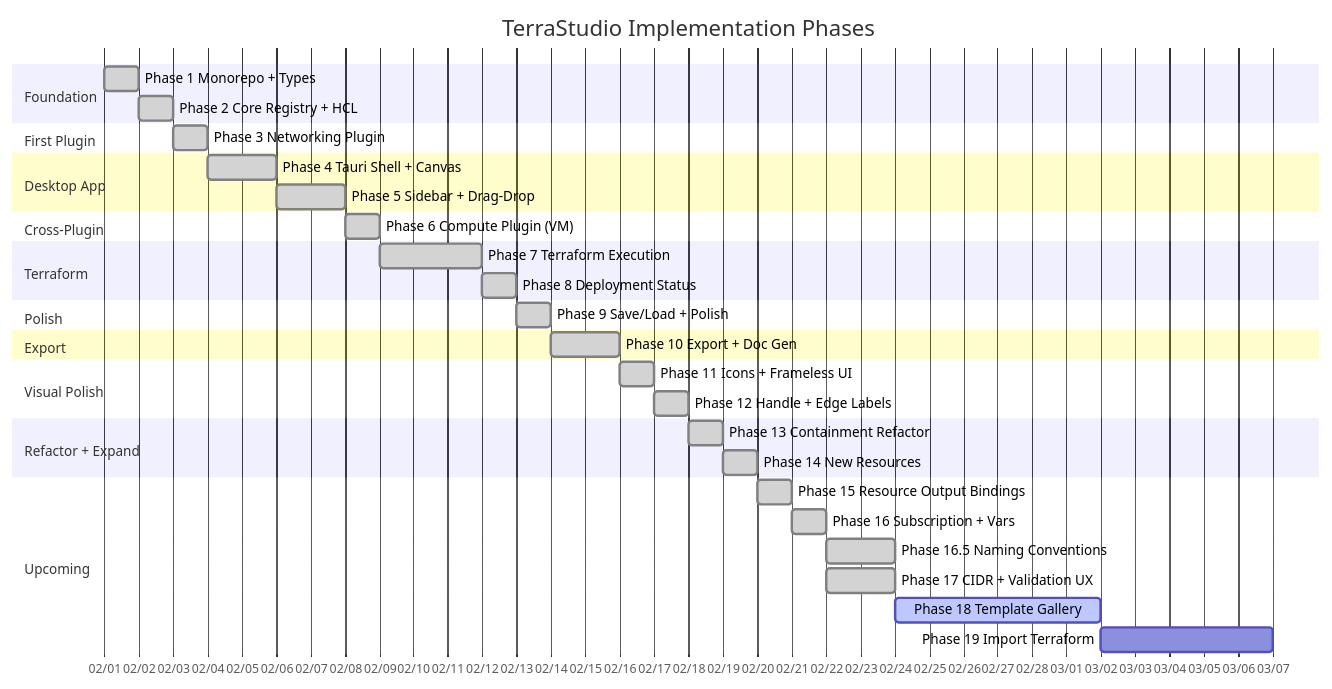
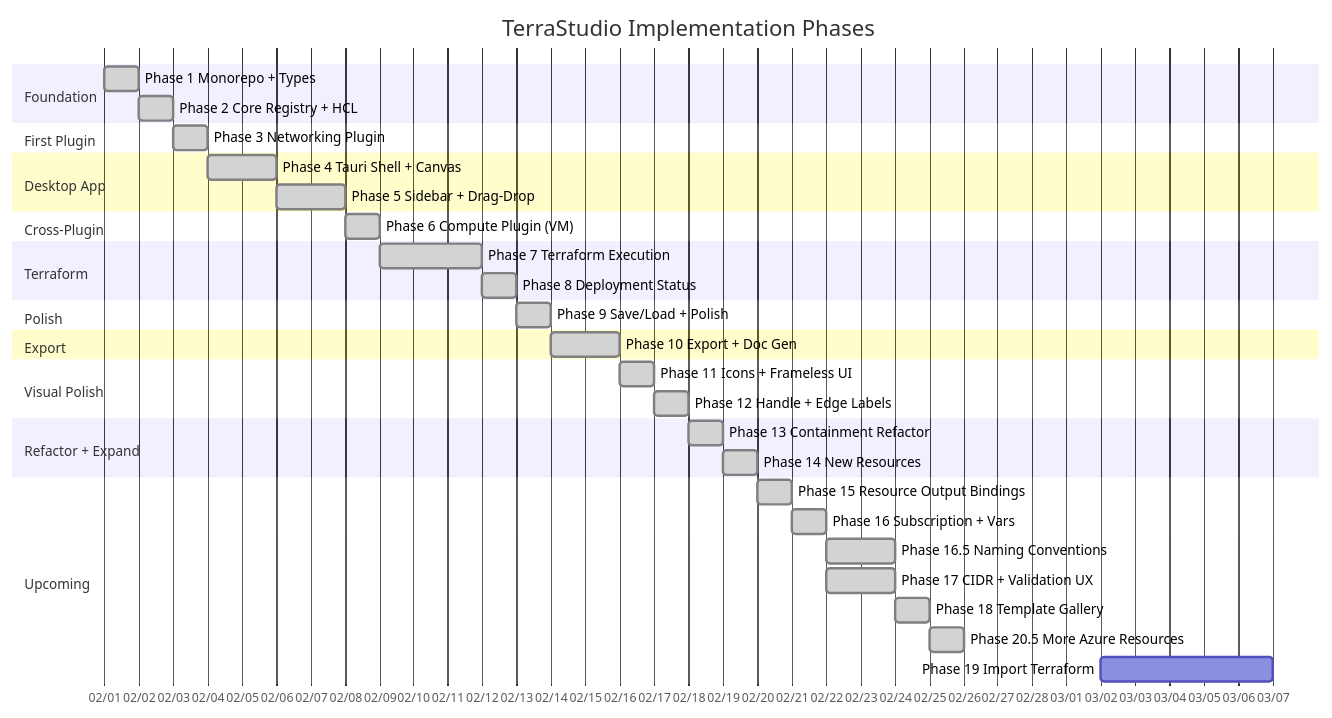
The diagram in docs/implementation-roadmap.md (afroze9/terrastudio), drawn with Mermaid before and after one commit. The commit also changed other lines of this file and 27 other files, not shown here.

First line of the commit message:
feat: add 8 Azure data & messaging resources (Redis, PostgreSQL, Cosmos DB, Service Bus)

````diff
--- a/docs/implementation-roadmap.md
+++ b/docs/implementation-roadmap.md
@@ -11,47 +11,48 @@
 ```mermaid
 gantt
     title TerraStudio Implementation Phases
     dateFormat YYYY-MM-DD
     axisFormat %m/%d
     tickInterval 1day
 
     section Foundation
     Phase 1 Monorepo + Types         :done, p1, 2026-02-01, 2026-02-02
     Phase 2 Core Registry + HCL      :done, p2, 2026-02-02, 2026-02-03
 
     section First Plugin
     Phase 3 Networking Plugin         :done, p3, 2026-02-03, 2026-02-04
 
     section Desktop App
     Phase 4 Tauri Shell + Canvas      :done, p4, 2026-02-04, 2026-02-06
     Phase 5 Sidebar + Drag-Drop       :done, p5, 2026-02-06, 2026-02-08
 
     section Cross-Plugin
     Phase 6 Compute Plugin (VM)       :done, p6, 2026-02-08, 2026-02-09
 
     section Terraform
     Phase 7 Terraform Execution       :done, p7, 2026-02-09, 2026-02-12
     Phase 8 Deployment Status         :done, p8, 2026-02-12, 2026-02-13
 
     section Polish
     Phase 9 Save/Load + Polish        :done, p9, 2026-02-13, 2026-02-14
 
     section Export
     Phase 10 Export + Doc Gen         :done, p10, 2026-02-14, 2026-02-16
 
     section Visual Polish
     Phase 11 Icons + Frameless UI     :done, p11, 2026-02-16, 2026-02-17
     Phase 12 Handle + Edge Labels     :done, p12, 2026-02-17, 2026-02-18
 
     section Refactor + Expand
     Phase 13 Containment Refactor     :done, p13, 2026-02-18, 2026-02-19
     Phase 14 New Resources            :done, p14, 2026-02-19, 2026-02-20
 
     section Upcoming
     Phase 15 Resource Output Bindings :done, p15, 2026-02-20, 2026-02-21
     Phase 16 Subscription + Vars      :done, p16, 2026-02-21, 2026-02-22
     Phase 16.5 Naming Conventions     :done, p165, 2026-02-22, 2026-02-24
     Phase 17 CIDR + Validation UX     :done, p17, 2026-02-22, 2026-02-24
-    Phase 18 Template Gallery         :active, p18, 2026-02-24, 2026-03-02
+    Phase 18 Template Gallery         :done, p18, 2026-02-24, 2026-02-25
+    Phase 20.5 More Azure Resources   :done, p205, 2026-02-25, 2026-02-26
     Phase 19 Import Terraform         :p19, 2026-03-02, 2026-03-07
 ```
````
